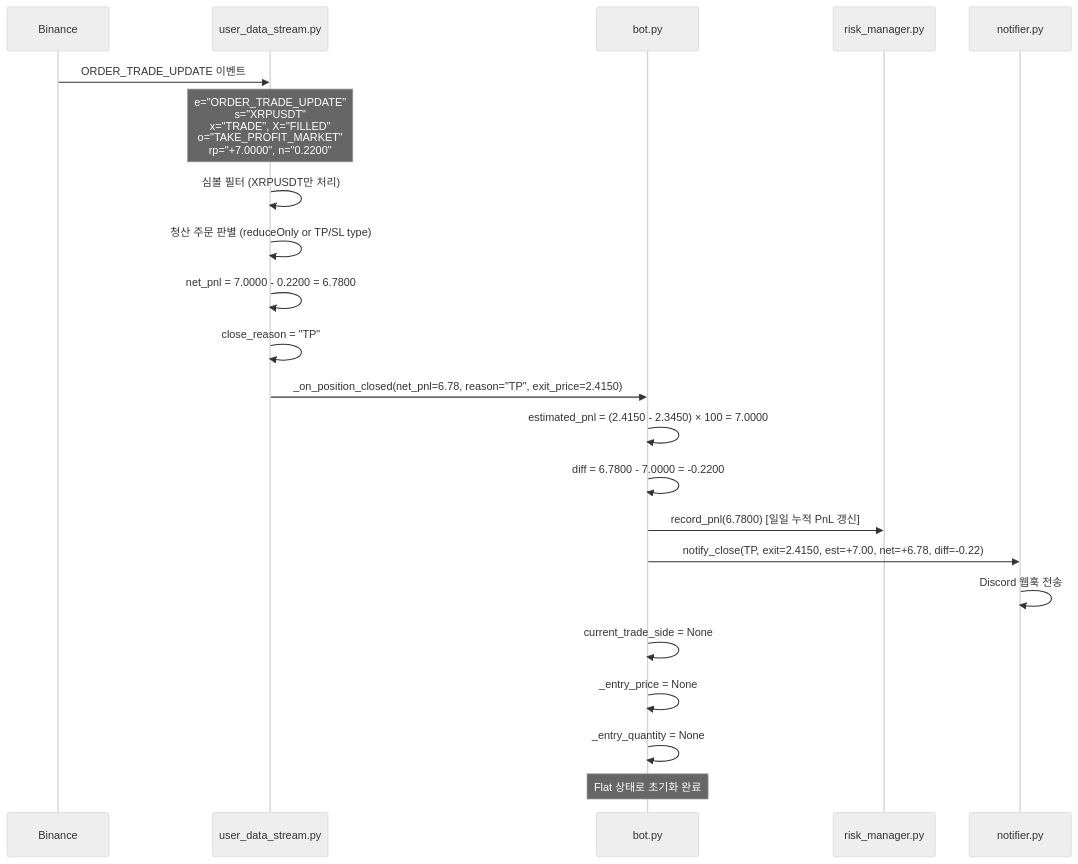
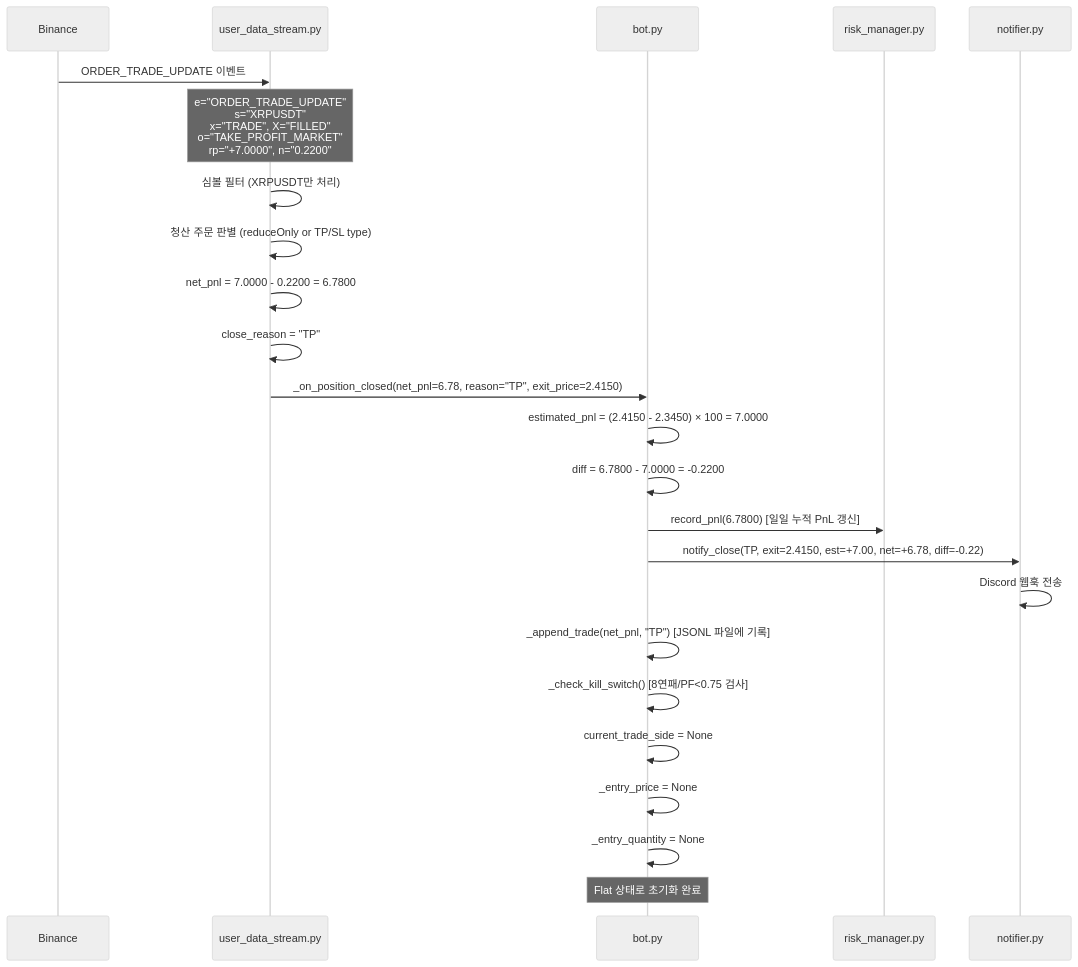
The fourth of 4 diagrams in ARCHITECTURE.md (21in7/cointrader), drawn with Mermaid (neutral theme) before and after one commit. The commit also changed other lines of this file and 2 other files, not shown here.

First line of the commit message:
docs: add kill switch, SOL symbol swap, and analysis tools to docs

````diff
--- a/ARCHITECTURE.md
+++ b/ARCHITECTURE.md
@@ -615,31 +622,34 @@
 ```mermaid
 sequenceDiagram
     participant BN as Binance
     participant UDS as user_data_stream.py
     participant BOT as bot.py
     participant RM as risk_manager.py
     participant NT as notifier.py
 
     BN->>UDS: ORDER_TRADE_UPDATE 이벤트
     Note over UDS: e="ORDER_TRADE_UPDATE"<br/>s="XRPUSDT"<br/>x="TRADE", X="FILLED"<br/>o="TAKE_PROFIT_MARKET"<br/>rp="+7.0000", n="0.2200"
 
     UDS->>UDS: 심볼 필터 (XRPUSDT만 처리)
     UDS->>UDS: 청산 주문 판별 (reduceOnly or TP/SL type)
     UDS->>UDS: net_pnl = 7.0000 - 0.2200 = 6.7800
     UDS->>UDS: close_reason = "TP"
 
     UDS->>BOT: _on_position_closed(net_pnl=6.78, reason="TP", exit_price=2.4150)
 
     BOT->>BOT: estimated_pnl = (2.4150 - 2.3450) × 100 = 7.0000
     BOT->>BOT: diff = 6.7800 - 7.0000 = -0.2200
 
     BOT->>RM: record_pnl(6.7800) [일일 누적 PnL 갱신]
 
     BOT->>NT: notify_close(TP, exit=2.4150, est=+7.00, net=+6.78, diff=-0.22)
     NT->>NT: Discord 웹훅 전송
 
+    BOT->>BOT: _append_trade(net_pnl, "TP") [JSONL 파일에 기록]
+    BOT->>BOT: _check_kill_switch() [8연패/PF<0.75 검사]
+
     BOT->>BOT: current_trade_side = None
     BOT->>BOT: _entry_price = None
     BOT->>BOT: _entry_quantity = None
     Note over BOT: Flat 상태로 초기화 완료
 ```
````
